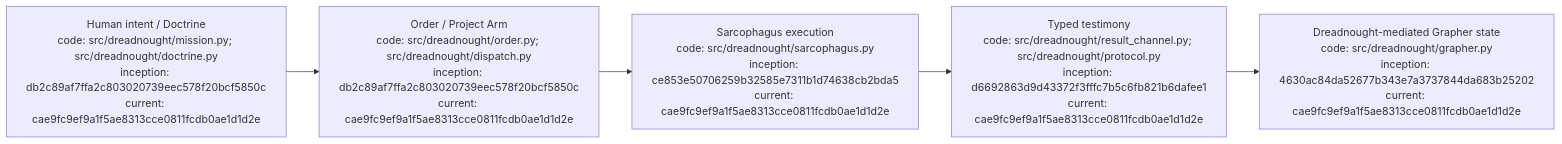
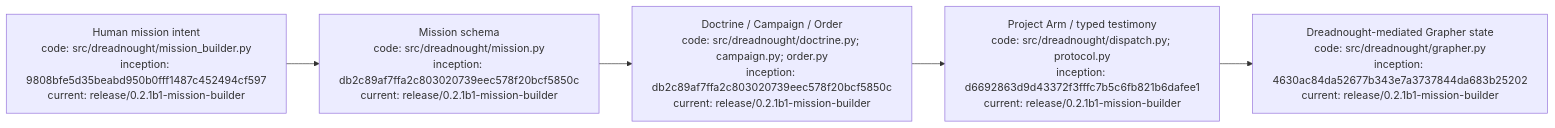
The diagram in README.md (seanbman/dreadnought), drawn with Mermaid before and after one commit. The commit also changed other lines of this file, not shown here.

Commit message:
docs: surface Mission Builder and beta patch

````diff
--- a/README.md
+++ b/README.md
@@ -105,7 +122,7 @@
 ```mermaid
 flowchart LR
-    H["Human intent / Doctrine\ncode: src/dreadnought/mission.py; src/dreadnought/doctrine.py\ninception: db2c89af7ffa2c803020739eec578f20bcf5850c\ncurrent: cae9fc9ef9a1f5ae8313cce0811fcdb0ae1d1d2e"] --> O["Order / Project Arm\ncode: src/dreadnought/order.py; src/dreadnought/dispatch.py\ninception: db2c89af7ffa2c803020739eec578f20bcf5850c\ncurrent: cae9fc9ef9a1f5ae8313cce0811fcdb0ae1d1d2e"]
-    O --> S["Sarcophagus execution\ncode: src/dreadnought/sarcophagus.py\ninception: ce853e50706259b32585e7311b1d74638cb2bda5\ncurrent: cae9fc9ef9a1f5ae8313cce0811fcdb0ae1d1d2e"]
-    S --> A["Typed testimony\ncode: src/dreadnought/result_channel.py; src/dreadnought/protocol.py\ninception: d6692863d9d43372f3fffc7b5c6fb821b6dafee1\ncurrent: cae9fc9ef9a1f5ae8313cce0811fcdb0ae1d1d2e"]
-    A --> G["Dreadnought-mediated Grapher state\ncode: src/dreadnought/grapher.py\ninception: 4630ac84da52677b343e7a3737844da683b25202\ncurrent: cae9fc9ef9a1f5ae8313cce0811fcdb0ae1d1d2e"]
+    H["Human mission intent\ncode: src/dreadnought/mission_builder.py\ninception: 9808bfe5d35beabd950b0fff1487c452494cf597\ncurrent: release/0.2.1b1-mission-builder"] --> M["Mission schema\ncode: src/dreadnought/mission.py\ninception: db2c89af7ffa2c803020739eec578f20bcf5850c\ncurrent: release/0.2.1b1-mission-builder"]
+    M --> O["Doctrine / Campaign / Order\ncode: src/dreadnought/doctrine.py; campaign.py; order.py\ninception: db2c89af7ffa2c803020739eec578f20bcf5850c\ncurrent: release/0.2.1b1-mission-builder"]
+    O --> A["Project Arm / typed testimony\ncode: src/dreadnought/dispatch.py; protocol.py\ninception: d6692863d9d43372f3fffc7b5c6fb821b6dafee1\ncurrent: release/0.2.1b1-mission-builder"]
+    A --> G["Dreadnought-mediated Grapher state\ncode: src/dreadnought/grapher.py\ninception: 4630ac84da52677b343e7a3737844da683b25202\ncurrent: release/0.2.1b1-mission-builder"]
 ```
````
